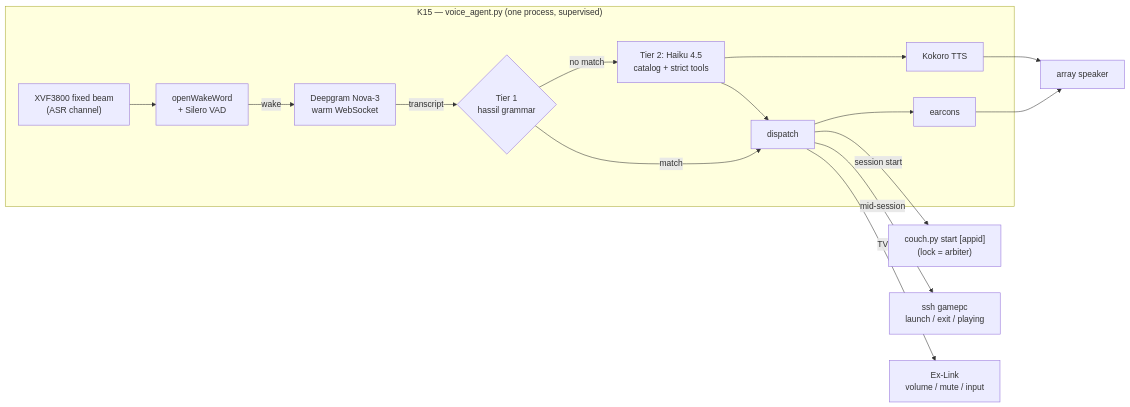
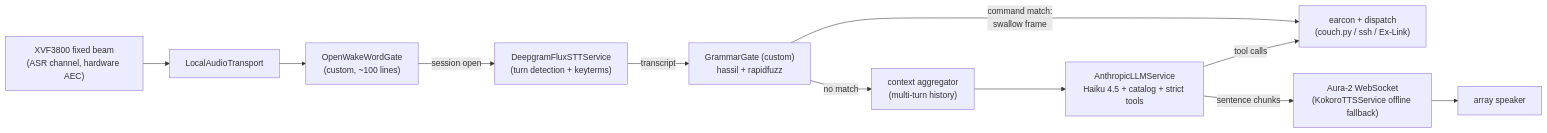
One commit to trillville/slopstation changed the diagram in docs/voice-control-design.md. Above: the diagram before and after it, drawn with Mermaid. The commit also changed other lines of this file, not shown here.

First line of the commit message:
docs: voice control v2 - conversational architecture (pipecat + flux + aura-2)

````diff
--- a/docs/voice-control-design.md
+++ b/docs/voice-control-design.md
@@ -28,18 +51,13 @@
 ```mermaid
 flowchart LR
-  subgraph K15["K15 — voice_agent.py (one process, supervised)"]
-    MIC["XVF3800 fixed beam<br/>(ASR channel)"] --> WW["openWakeWord<br/>+ Silero VAD"]
-    WW -->|wake| STT["Deepgram Nova-3<br/>warm WebSocket"]
-    STT -->|transcript| T1{"Tier 1<br/>hassil grammar"}
-    T1 -->|match| DISP["dispatch"]
-    T1 -->|no match| T2["Tier 2: Haiku 4.5<br/>catalog + strict tools"]
-    T2 --> DISP
-    T2 --> TTS["Kokoro TTS"]
-    DISP --> EAR["earcons"]
-  end
-  EAR --> SPK["array speaker"]
-  TTS --> SPK
-  DISP -->|"session start"| COUCH["couch.py start [appid]<br/>(lock = arbiter)"]
-  DISP -->|"mid-session"| SSH["ssh gamepc<br/>launch / exit / playing"]
-  DISP -->|"TV"| EXL["Ex-Link<br/>volume / mute / input"]
+  MIC["XVF3800 fixed beam<br/>(ASR channel, hardware AEC)"] --> T["LocalAudioTransport"]
+  T --> WW["OpenWakeWordGate<br/>(custom, ~100 lines)"]
+  WW -->|"session open"| STT["DeepgramFluxSTTService<br/>(turn detection + keyterms)"]
+  STT -->|transcript| GG["GrammarGate (custom)<br/>hassil + rapidfuzz"]
+  GG -->|"command match:<br/>swallow frame"| ACT["earcon + dispatch<br/>(couch.py / ssh / Ex-Link)"]
+  GG -->|"no match"| CTX["context aggregator<br/>(multi-turn history)"]
+  CTX --> LLM["AnthropicLLMService<br/>Haiku 4.5 + catalog + strict tools"]
+  LLM -->|"sentence chunks"| TTS["Aura-2 WebSocket<br/>(KokoroTTSService offline fallback)"]
+  TTS --> SPK["array speaker"]
+  LLM -->|"tool calls"| ACT
 ```
````
